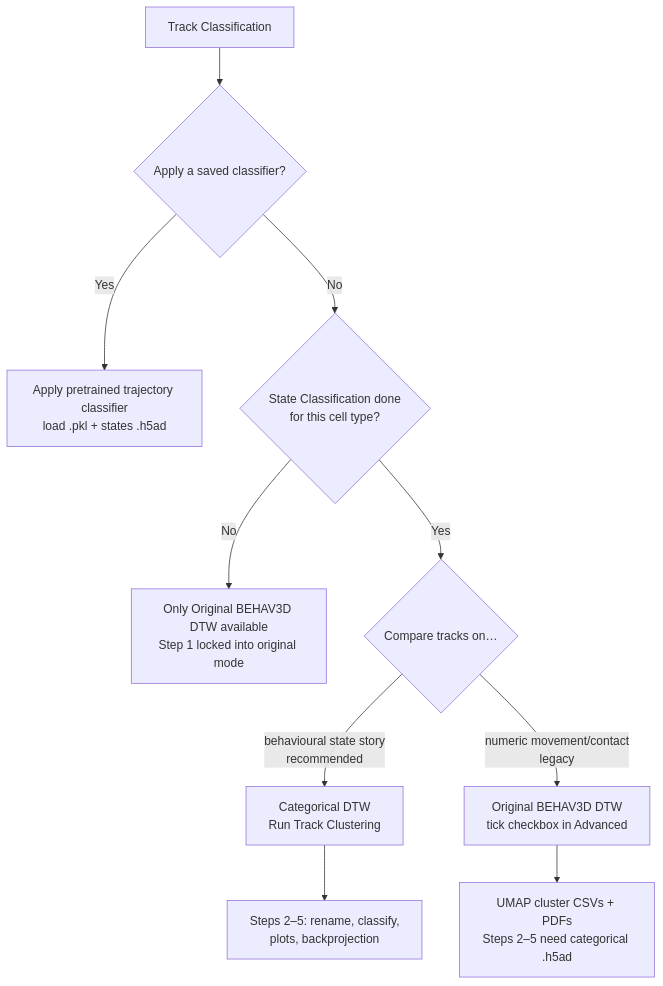
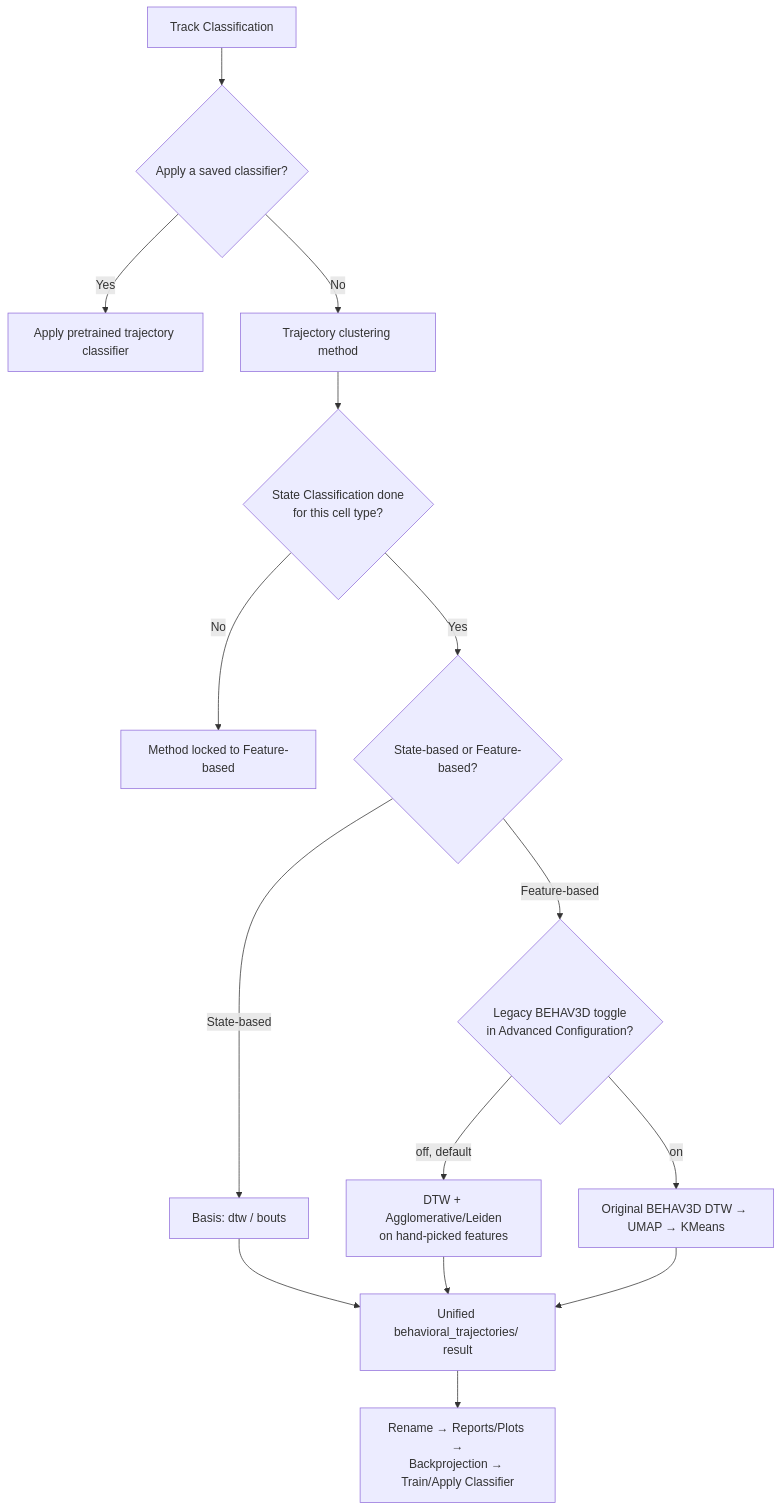
The diagram in docs/source/analysis/single_cell/track_classification.md (imAIgene-Dream3D/BEHAV3D-Explorer), drawn with Mermaid before and after one commit. The commit also changed other lines of this file and 41 other files, not shown here.

First line of the commit message:
Consolidate behavioral-state columns and add per-condition contact reports

````diff
--- a/docs/source/analysis/single_cell/track_classification.md
+++ b/docs/source/analysis/single_cell/track_classification.md
@@ -27,12 +31,17 @@
 ```{mermaid}
 flowchart TD
     A[Track Classification] --> B{Apply a saved classifier?}
-    B -->|Yes| C[Apply pretrained trajectory classifier<br/>load .pkl + states .h5ad]
-    B -->|No| D{State Classification done<br/>for this cell type?}
-    D -->|No| E[Only Original BEHAV3D DTW available<br/>Step 1 locked into original mode]
-    D -->|Yes| F{Compare tracks on…}
-    F -->|behavioural state story<br/>recommended| G[Categorical DTW<br/>Run Track Clustering]
-    F -->|numeric movement/contact<br/>legacy| H[Original BEHAV3D DTW<br/>tick checkbox in Advanced]
-    G --> I[Steps 2–5: rename, classify,<br/>plots, backprojection]
-    H --> J[UMAP cluster CSVs + PDFs<br/>Steps 2–5 need categorical .h5ad]
+    B -->|Yes| C[Apply pretrained trajectory classifier]
+    B -->|No| D[Trajectory clustering method]
+    D --> E{State Classification done<br/>for this cell type?}
+    E -->|No| F[Method locked to Feature-based]
+    E -->|Yes| G{State-based or Feature-based?}
+    G -->|State-based| H[Basis: dtw / bouts]
+    G -->|Feature-based| I{Legacy BEHAV3D toggle<br/>in Advanced Configuration?}
+    I -->|off, default| J[DTW + Agglomerative/Leiden<br/>on hand-picked features]
+    I -->|on| K[Original BEHAV3D DTW → UMAP → KMeans]
+    H --> L[Unified behavioral_trajectories/ result]
+    J --> L
+    K --> L
+    L --> M[Rename → Reports/Plots →<br/>Backprojection → Train/Apply Classifier]
 ```
````
